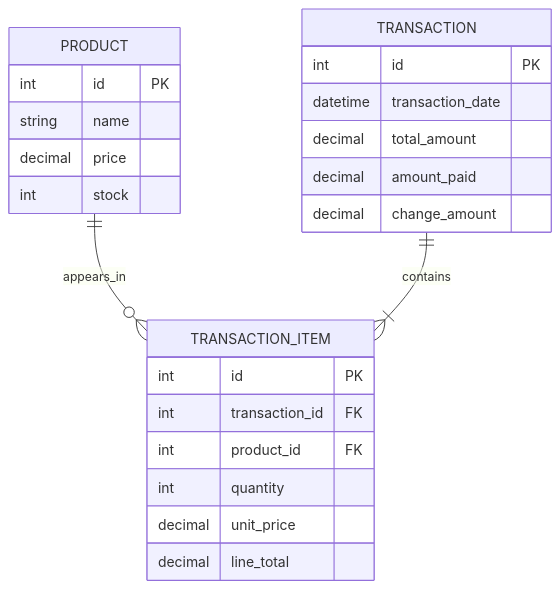
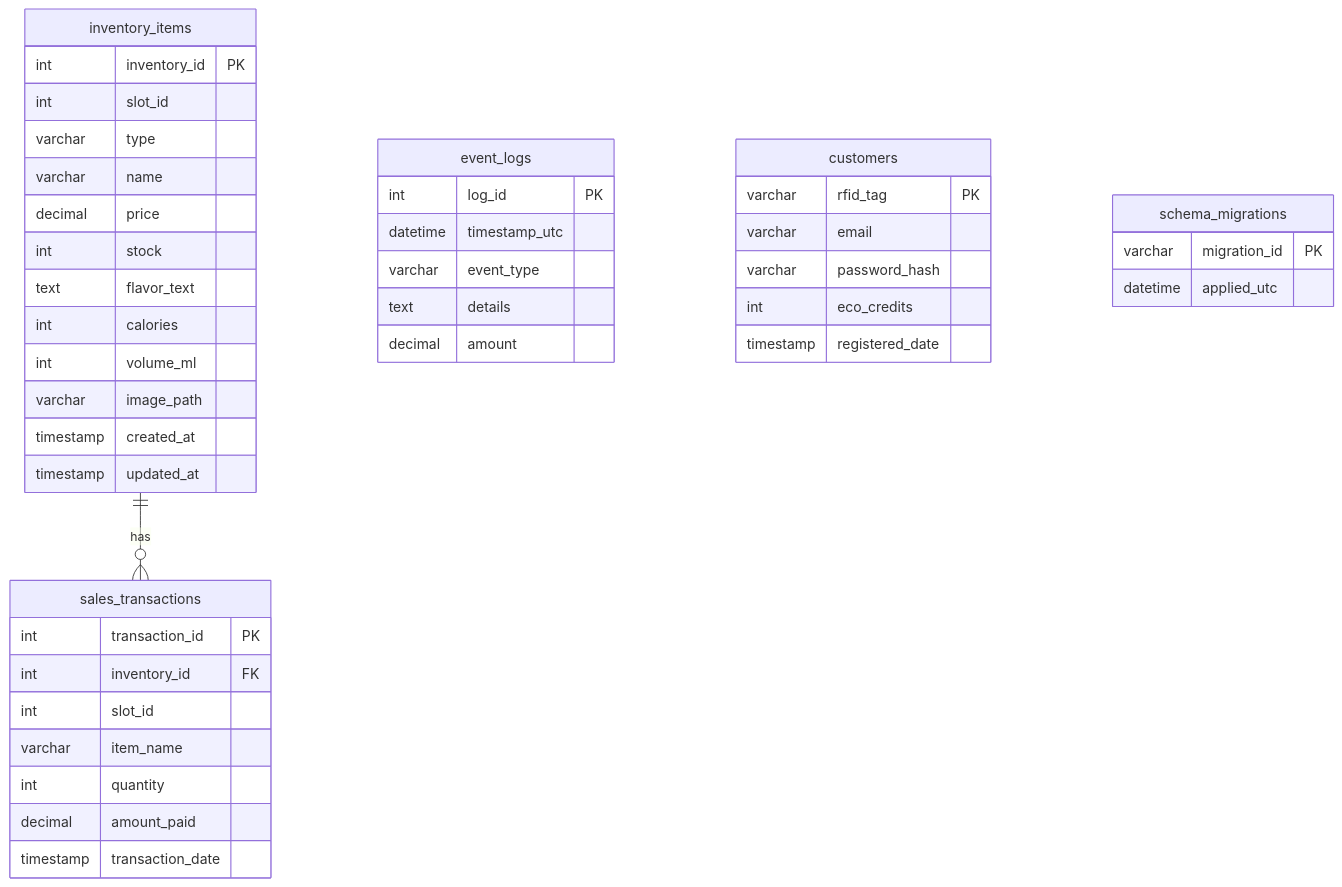
Before and after one commit to SeanixReal/EcoMatic-WinForms: the diagram in doc/diagrams/erd.md, drawn with Mermaid. The commit also changed other lines of this file and 8 other files, not shown here.

Commit message:
Add admin item update CRUD and lock slot IDs to 1-12

````diff
--- a/doc/diagrams/erd.md
+++ b/doc/diagrams/erd.md
@@ -3,29 +5,50 @@
 ```mermaid
 erDiagram
-    PRODUCT {
-        int id PK
-        string name
+    inventory_items {
+        int inventory_id PK
+        int slot_id
+        varchar type
+        varchar name
         decimal price
         int stock
+        text flavor_text
+        int calories
+        int volume_ml
+        varchar image_path
+        timestamp created_at
+        timestamp updated_at
     }
 
-    TRANSACTION {
-        int id PK
-        datetime transaction_date
-        decimal total_amount
+    sales_transactions {
+        int transaction_id PK
+        int inventory_id FK
+        int slot_id
+        varchar item_name
+        int quantity
         decimal amount_paid
-        decimal change_amount
+        timestamp transaction_date
     }
 
-    TRANSACTION_ITEM {
-        int id PK
-        int transaction_id FK
-        int product_id FK
-        int quantity
-        decimal unit_price
-        decimal line_total
+    event_logs {
+        int log_id PK
+        datetime timestamp_utc
+        varchar event_type
+        text details
+        decimal amount
     }
 
-    PRODUCT ||--o{ TRANSACTION_ITEM : appears_in
-    TRANSACTION ||--|{ TRANSACTION_ITEM : contains
+    customers {
+        varchar rfid_tag PK
+        varchar email
+        varchar password_hash
+        int eco_credits
+        timestamp registered_date
+    }
+
+    schema_migrations {
+        varchar migration_id PK
+        datetime applied_utc
+    }
+
+    inventory_items ||--o{ sales_transactions : has
 ```
````
